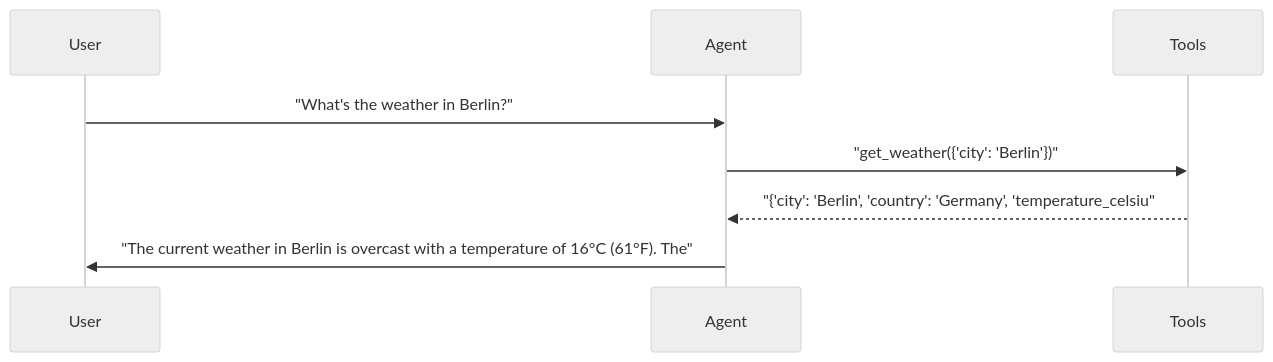
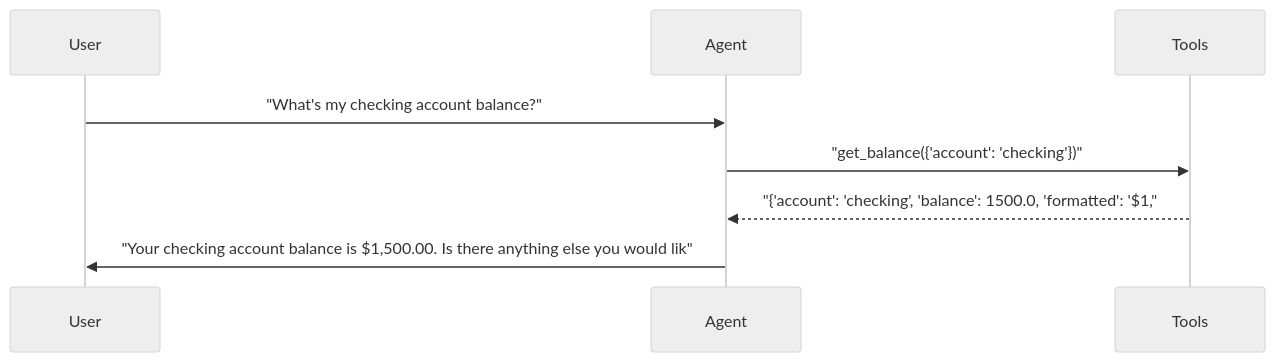
Before and after one commit to sbroenne/pytest-aitest: the second of 6 diagrams in docs/reports/04_agent_selector.md, drawn with Mermaid (neutral theme). The commit also changed other lines of this file and 132 other files, not shown here.

````diff
--- a/docs/reports/04_agent_selector.md
+++ b/docs/reports/04_agent_selector.md
@@ -192,11 +146,11 @@
 ```mermaid
 sequenceDiagram
     participant User
     participant Agent
     participant Tools
 
-    User->>Agent: "What's the weather in Berlin?"
-    Agent->>Tools: "get_weather({'city': 'Berlin'})"
-    Tools-->>Agent: "{'city': 'Berlin', 'country': 'Germany', 'temperature_celsiu"
-    Agent->>User: "The current weather in Berlin is overcast with a temperature of 16°C (61°F). The"
+    User->>Agent: "What's my checking account balance?"
+    Agent->>Tools: "get_balance({'account': 'checking'})"
+    Tools-->>Agent: "{'account': 'checking', 'balance': 1500.0, 'formatted': '$1,"
+    Agent->>User: "Your checking account balance is $1,500.00. Is there anything else you would lik"
 ```
````
